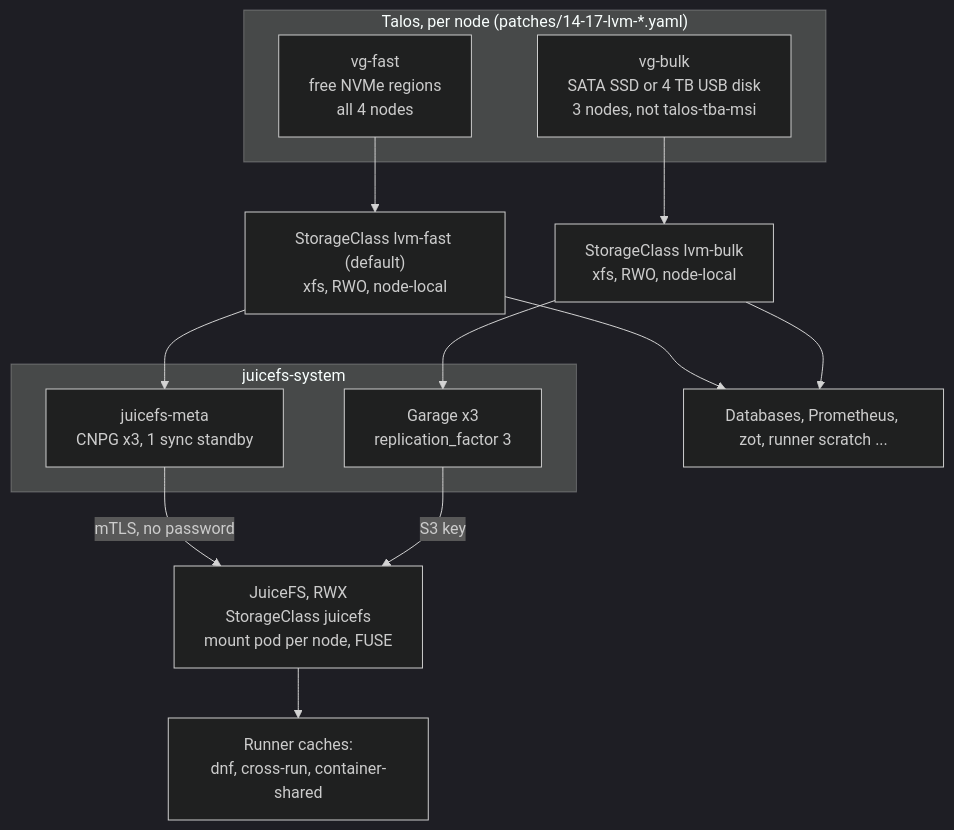
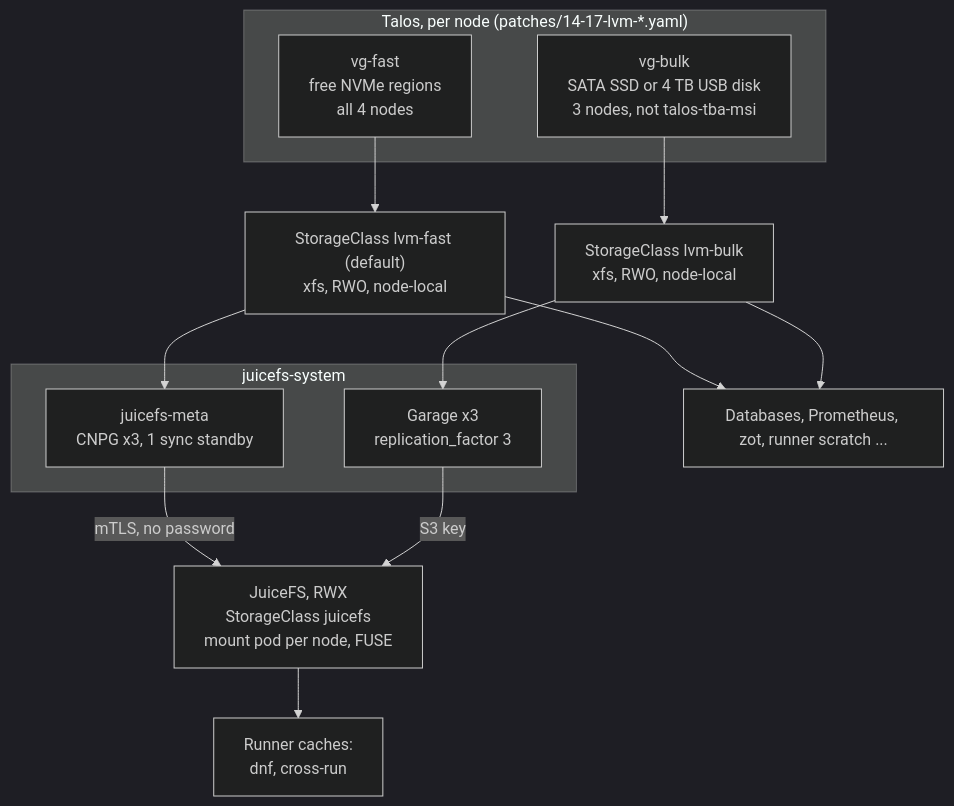
The diagram in docs/storage.md (cthtrifork/talos-gitops), drawn with Mermaid (dark theme) before and after one commit. The commit also changed other lines of this file and 4 other files, not shown here.

First line of the commit message:
feat(arc-runner): share the dnf and cross-run caches through JuiceFS

````diff
--- a/docs/storage.md
+++ b/docs/storage.md
@@ -5,20 +5,20 @@
 ```mermaid
 flowchart TB
     subgraph talos["Talos, per node (patches/14-17-lvm-*.yaml)"]
         fast["vg-fast<br/>free NVMe regions<br/>all 4 nodes"]
         bulk["vg-bulk<br/>SATA SSD or 4 TB USB disk<br/>3 nodes, not talos-tba-msi"]
     end
     fast --> sf["StorageClass lvm-fast (default)<br/>xfs, RWO, node-local"]
     bulk --> sb["StorageClass lvm-bulk<br/>xfs, RWO, node-local"]
     sf --> apps["Databases, Prometheus, zot, runner scratch ..."]
     sb --> apps
     subgraph jfs["juicefs-system"]
         meta["juicefs-meta<br/>CNPG x3, 1 sync standby"]
         garage["Garage x3<br/>replication_factor 3"]
     end
     sf --> meta
     sb --> garage
     meta -->|"mTLS, no password"| fs["JuiceFS, RWX<br/>StorageClass juicefs<br/>mount pod per node, FUSE"]
     garage -->|"S3 key"| fs
-    fs --> runners["Runner caches:<br/>dnf, cross-run, container-shared"]
+    fs --> runners["Runner caches:<br/>dnf, cross-run"]
 ```
````
